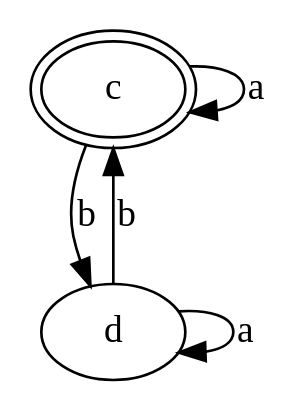
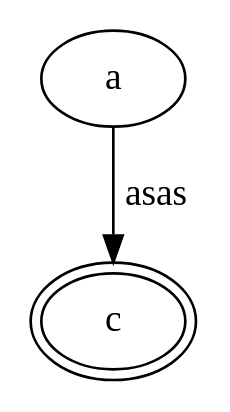
One commit to Antonio-Melo/COMP-Autoanalyze changed the diagram in dot/test2.dot. Above: the diagram before and after it, drawn with Graphviz. The commit also changed 40 other files, not shown here.

```diff
--- a/dot/test2.dot
+++ b/dot/test2.dot
@@ -1,8 +1,5 @@
 digraph G2
  {
-     c -> c [label=a];
-     c -> d [label=b];
-     d -> d [label=a];
-     d -> c [label=b];
+     a -> c [label=asas];
      c [peripheries=2];
  }
```
